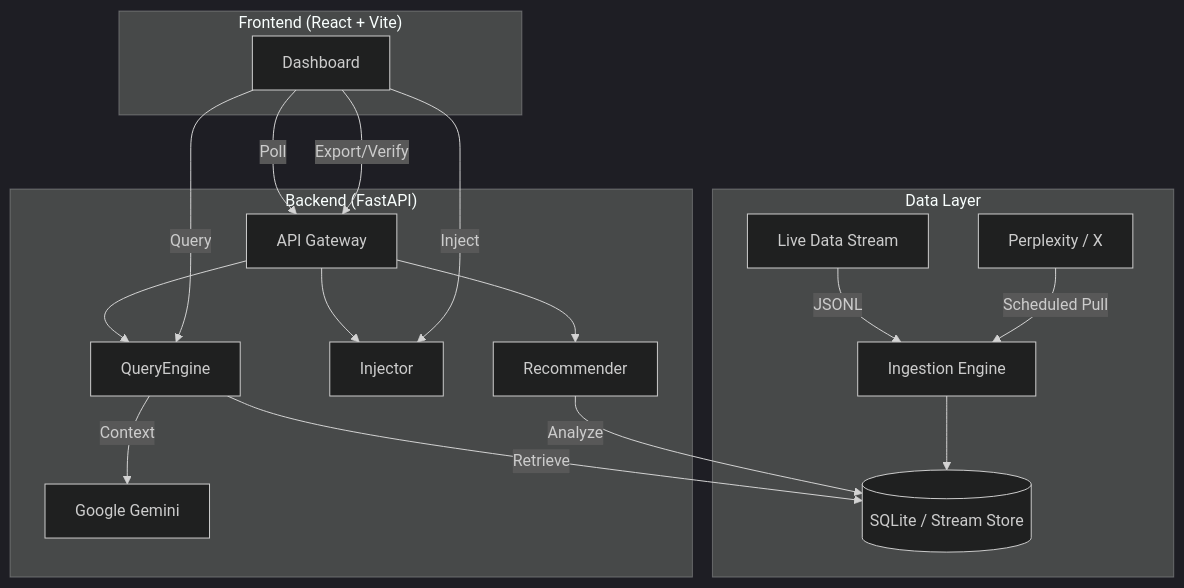
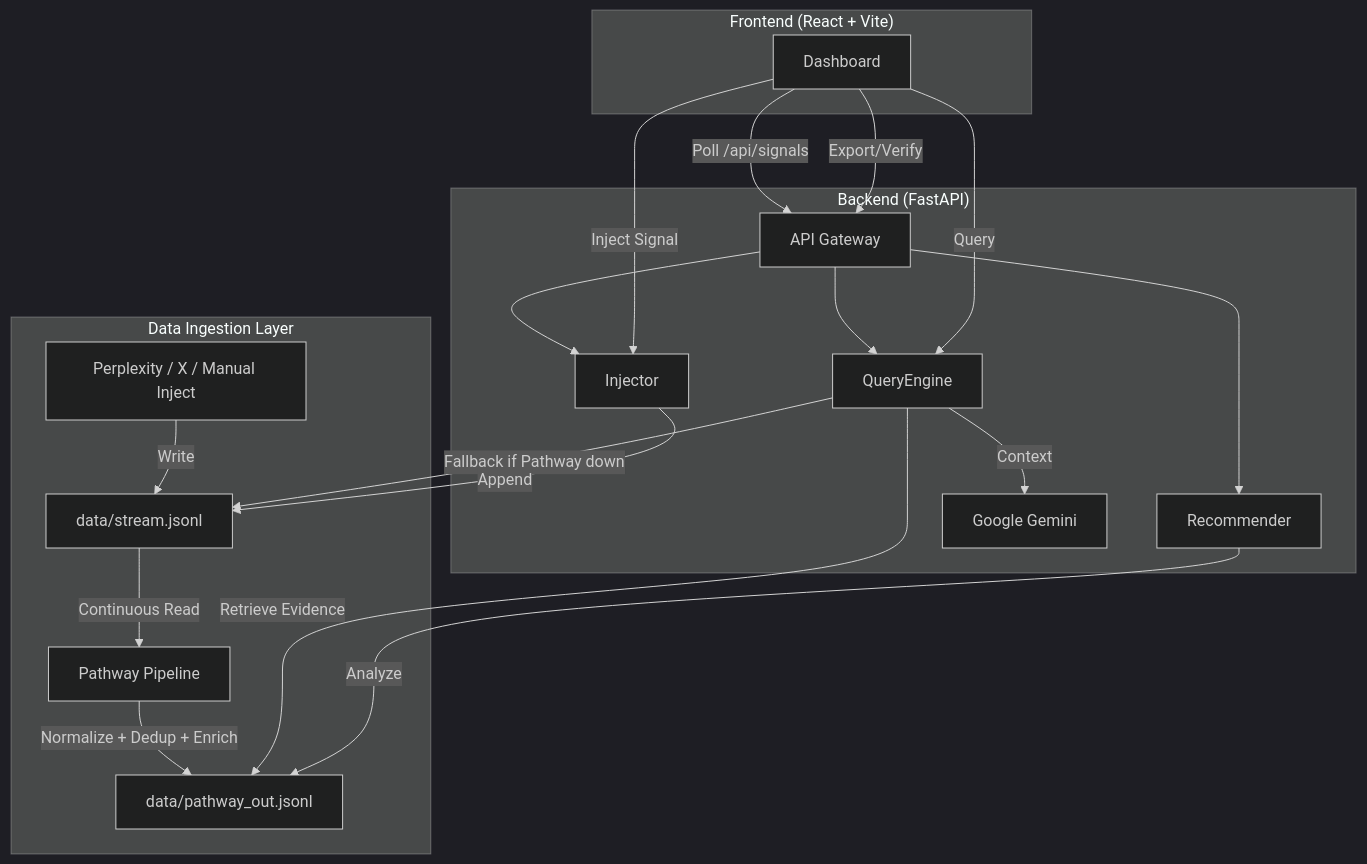
One commit to SanskarG-20/SiliconPulse---DataQuest-2026 changed the diagram in README.md. Above: the diagram before and after it, drawn with Mermaid (dark theme). The commit also changed other lines of this file and 15 other files, not shown here.

````diff
--- a/README.md
+++ b/README.md
@@ -60,24 +60,26 @@
 ```mermaid
 graph TD
-    subgraph "Data Layer"
-        Stream[Live Data Stream] --> |JSONL| Ingest[Ingestion Engine]
-        Ingest --> Storage[(SQLite / Stream Store)]
-        Sources[Perplexity / X] --> |Scheduled Pull| Ingest
+    subgraph "Data Ingestion Layer"
+        Sources[Perplexity / X / Manual Inject] -->|Write| RawStream[data/stream.jsonl]
+        RawStream -->|Continuous Read| Pathway[Pathway Pipeline]
+        Pathway -->|Normalize + Dedup + Enrich| ProcessedStream[data/pathway_out.jsonl]
     end
 
     subgraph "Backend (FastAPI)"
         API[API Gateway] --> QueryEngine
         API --> Injector
         API --> Recommender
-        QueryEngine --> |Retrieve| Storage
-        QueryEngine --> |Context| LLM[Google Gemini]
-        Recommender --> |Analyze| Storage
+        QueryEngine -->|Retrieve Evidence| ProcessedStream
+        QueryEngine -->|Fallback if Pathway down| RawStream
+        QueryEngine -->|Context| LLM[Google Gemini]
+        Recommender -->|Analyze| ProcessedStream
+        Injector -->|Append| RawStream
     end
 
     subgraph "Frontend (React + Vite)"
-        UI[Dashboard] --> |Poll| API
-        UI --> |Inject| Injector
-        UI --> |Query| QueryEngine
-        UI --> |Export/Verify| API
+        UI[Dashboard] -->|Poll /api/signals| API
+        UI -->|Inject Signal| Injector
+        UI -->|Query| QueryEngine
+        UI -->|Export/Verify| API
     end
 ```
````
